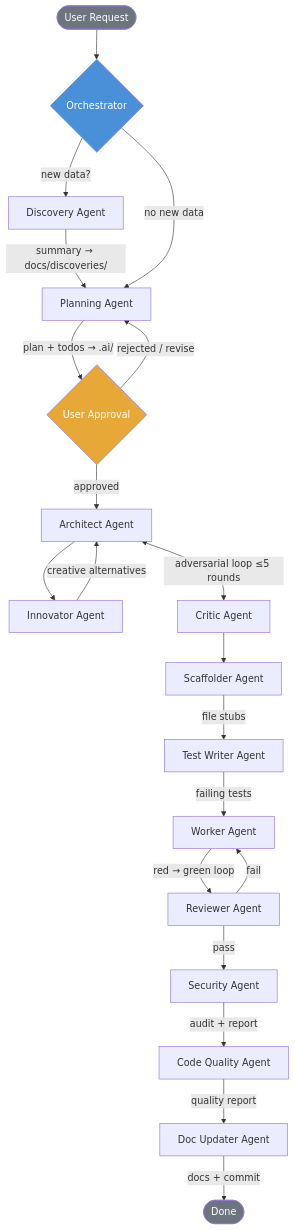
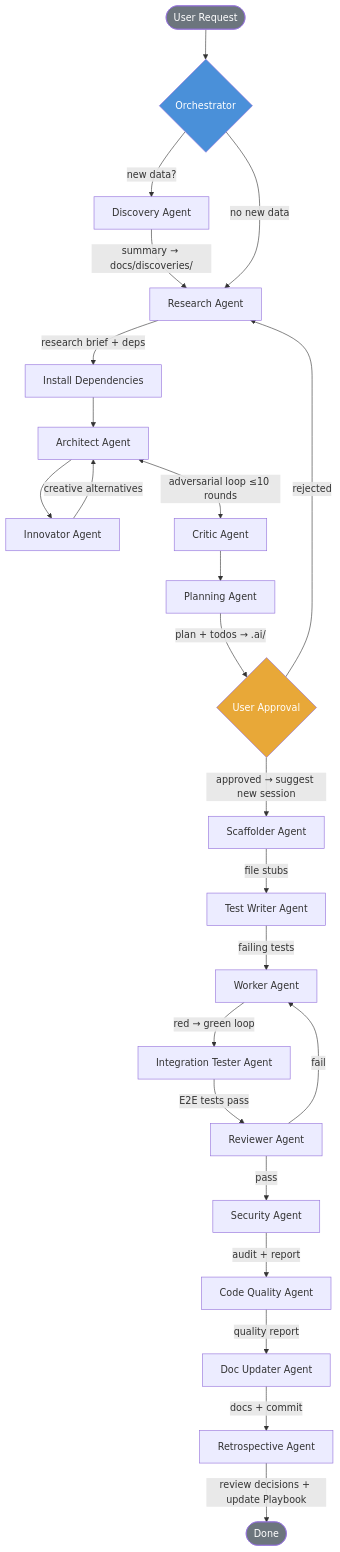
The first of 4 diagrams in AGENTS.md (Doumajnik/template), drawn with Mermaid before and after one commit. The commit also changed other lines of this file and 45 other files, not shown here.

````diff
--- a/AGENTS.md
+++ b/AGENTS.md
@@ -48,28 +64,32 @@
 ```mermaid
 flowchart TD
     U([User Request]) --> O{Orchestrator}
     O -->|new data?| D[Discovery Agent]
-    D -->|summary → docs/discoveries/| P
-    O -->|no new data| P[Planning Agent]
-    P -->|plan + todos → .ai/| UA{User Approval}
-    UA -->|rejected / revise| P
-    UA -->|approved| A[Architect Agent]
+    D -->|summary → docs/discoveries/| RE
+    O -->|no new data| RE[Research Agent]
+    RE -->|research brief + deps| DEP[Install Dependencies]
+    DEP --> A[Architect Agent]
     A --> IN[Innovator Agent]
     IN -->|creative alternatives| A
-    A <-->|adversarial loop ≤5 rounds| C[Critic Agent]
-    C --> S[Scaffolder Agent]
+    A <-->|adversarial loop ≤10 rounds| C[Critic Agent]
+    C --> P[Planning Agent]
+    P -->|plan + todos → .ai/| UA{User Approval}
+    UA -->|rejected| RE
+    UA -->|approved → suggest new session| S[Scaffolder Agent]
     
     S -->|file stubs| TW[Test Writer Agent]
     TW -->|failing tests| W[Worker Agent]
-    W -->|red → green loop| R[Reviewer Agent]
+    W -->|red → green loop| IT[Integration Tester Agent]
+    IT -->|E2E tests pass| R[Reviewer Agent]
     R -->|pass| SEC[Security Agent]
     R -->|fail| W
     SEC -->|audit + report| CQ[Code Quality Agent]
     CQ -->|quality report| DU[Doc Updater Agent]
-    DU -->|docs + commit| Done([Done])
+    DU -->|docs + commit| RT[Retrospective Agent]
+    RT -->|review decisions + update Playbook| Done([Done])
 
     style O fill:#4a90d9,color:#fff
     style U fill:#6c757d,color:#fff
     style Done fill:#6c757d,color:#fff
     style UA fill:#e8a838,color:#fff
 ```
````
